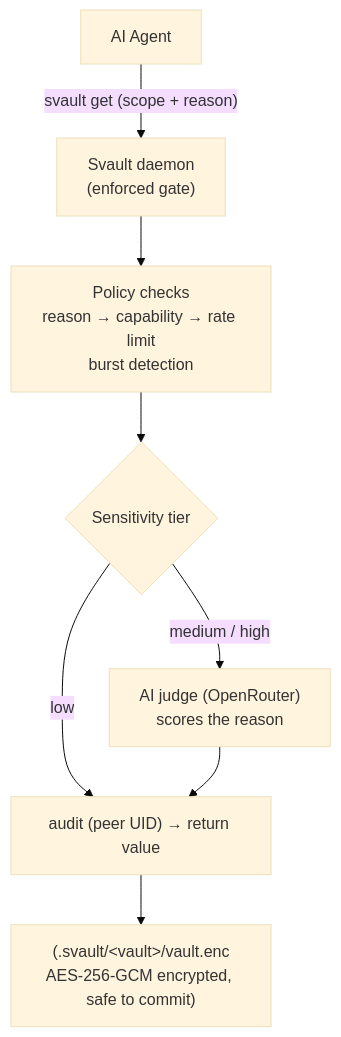
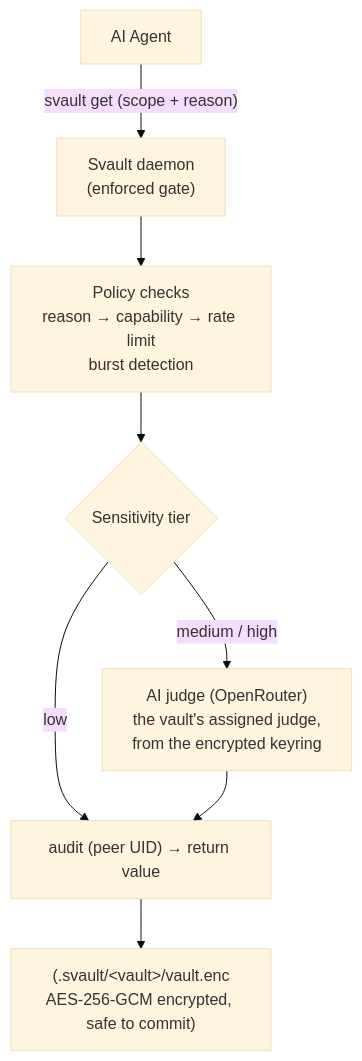
Before and after one commit to nim444/Svault: the diagram in docs/architecture.md, drawn with Mermaid (base theme). The commit also changed other lines of this file and 24 other files, not shown here.

````diff
--- a/docs/architecture.md
+++ b/docs/architecture.md
@@ -5,10 +5,10 @@
 ```mermaid
 flowchart TD
     U["AI Agent"] -->|"svault get (scope + reason)"| D["Svault daemon<br/>(enforced gate)"]
     D --> POL["Policy checks<br/>reason → capability → rate limit<br/>burst detection"]
     POL --> TIER{"Sensitivity tier"}
     TIER -->|low| OUT
-    TIER -->|medium / high| JUDGE["AI judge (OpenRouter)<br/>scores the reason"]
+    TIER -->|medium / high| JUDGE["AI judge (OpenRouter)<br/>the vault's assigned judge,<br/>from the encrypted keyring"]
     JUDGE --> OUT["audit (peer UID) → return value"]
     OUT --> ENC["(.svault/&lt;vault&gt;/vault.enc<br/>AES-256-GCM encrypted, safe to commit)"]
 ```
````
